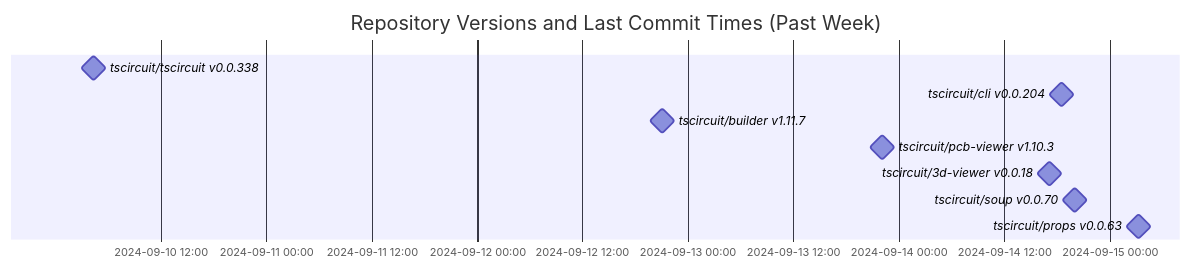
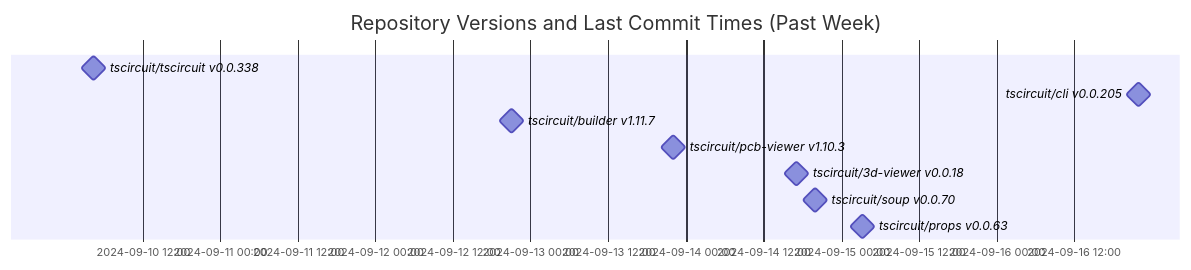
Before and after one commit to tscircuit/version-tracker: the diagram in README.md, drawn with Mermaid.

Commit message:
Update chart

````diff
--- a/README.md
+++ b/README.md
@@ -1,14 +1,14 @@
 ```mermaid
 gantt
   dateFormat  YYYY-MM-DD HH:mm:ss
   title Repository Versions and Last Commit Times (Past Week)
   axisFormat %Y-%m-%d %H:%M
 
   tscircuit/tscircuit v0.0.338 : milestone, 2024-09-10 04:23:10, 1s
-  tscircuit/cli v0.0.204 : milestone, 2024-09-14 18:29:47, 1s
+  tscircuit/cli v0.0.205 : milestone, 2024-09-16 21:59:30, 1s
   tscircuit/builder v1.11.7 : milestone, 2024-09-12 21:03:51, 1s
   tscircuit/pcb-viewer v1.10.3 : milestone, 2024-09-13 22:06:50, 1s
   tscircuit/3d-viewer v0.0.18 : milestone, 2024-09-14 17:06:37, 1s
   tscircuit/soup v0.0.70 : milestone, 2024-09-14 19:58:16, 1s
   tscircuit/props v0.0.63 : milestone, 2024-09-15 03:15:19, 1s
 ```
````
